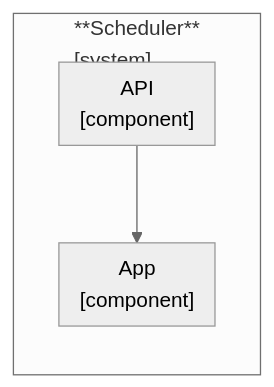
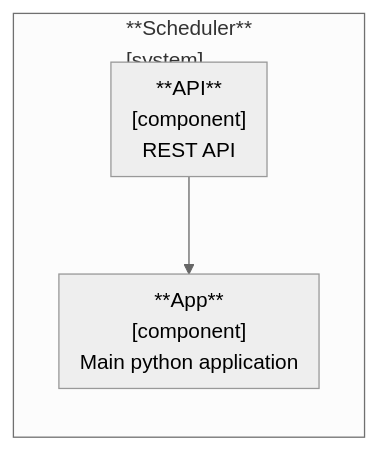
One commit to minvws/nl-kat-coordination changed the second of 6 diagrams in mula/docs/architecture.md. Above: the diagram before and after it, drawn with Mermaid (neutral theme). The commit also changed other lines of this file and 9 other files, not shown here.

Commit message:
Replace svg with mermaid diagrams

````diff
--- a/mula/docs/architecture.md
+++ b/mula/docs/architecture.md
@@ -82,11 +79,11 @@
 ```mermaid
 flowchart TB
     subgraph "**Scheduler**<br/>[system]"
         direction TB
-        subgraph API["API<br/>[component]"]
+        subgraph Server["**API**<br/>[component]<br/>REST API"]
         end
-        subgraph APP["App<br/>[component]"]
+        subgraph App["**App**<br/>[component]<br/>Main python application"]
         end
-        API-->APP
+        Server-->App
     end
 ```
````
